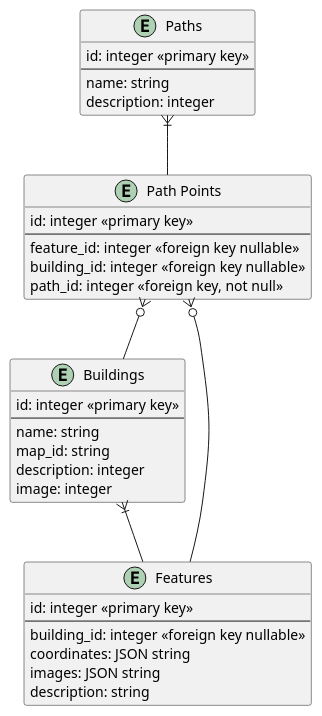
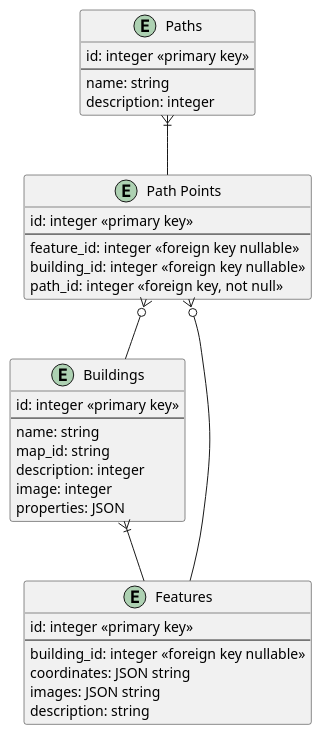
One commit to OSU-Sustainability-Office/sustainability_map changed the diagram in documents/RDSSustainabilityMap.puml. Above: the diagram before and after it, drawn with PlantUML. The commit also changed 1 other file, not shown here.

Commit message:
Vuex ERD

```diff
--- a/documents/RDSSustainabilityMap.puml
+++ b/documents/RDSSustainabilityMap.puml
@@ -1,38 +1,39 @@
 @startuml RDSSustainabilityMap
 entity "Buildings" as buildings {
   id: integer <<primary key>>
   --
   name: string
   map_id: string
   description: integer
   image: integer
+  properties: JSON
 }
 
 entity "Features" as features {
   id: integer <<primary key>>
   --
   building_id: integer <<foreign key nullable>>
   coordinates: JSON string
   images: JSON string
   description: string
 }
 
 entity "Paths" as paths {
   id: integer <<primary key>>
   --
   name: string
   description: integer
 }
 
 entity "Path Points" as pathpoints {
   id: integer <<primary key>>
   --
   feature_id: integer <<foreign key nullable>>
   building_id: integer <<foreign key nullable>>
   path_id: integer <<foreign key, not null>>
 }
 paths }|-- pathpoints
 pathpoints }o-- features
 pathpoints }o-- buildings
 buildings }|-- features
 @enduml
```
